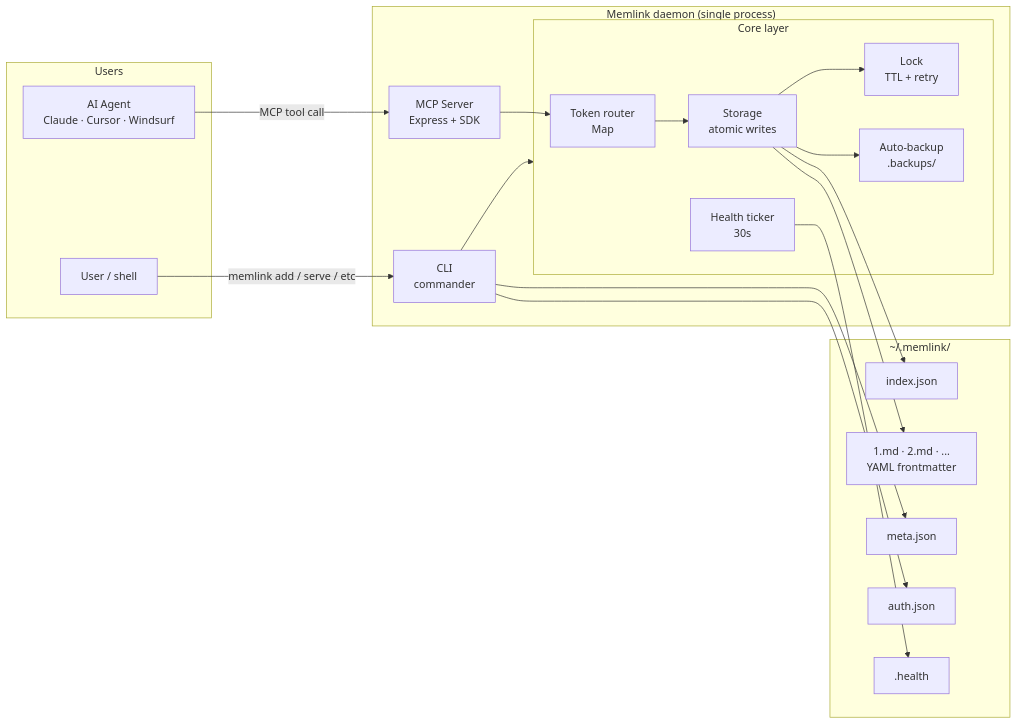
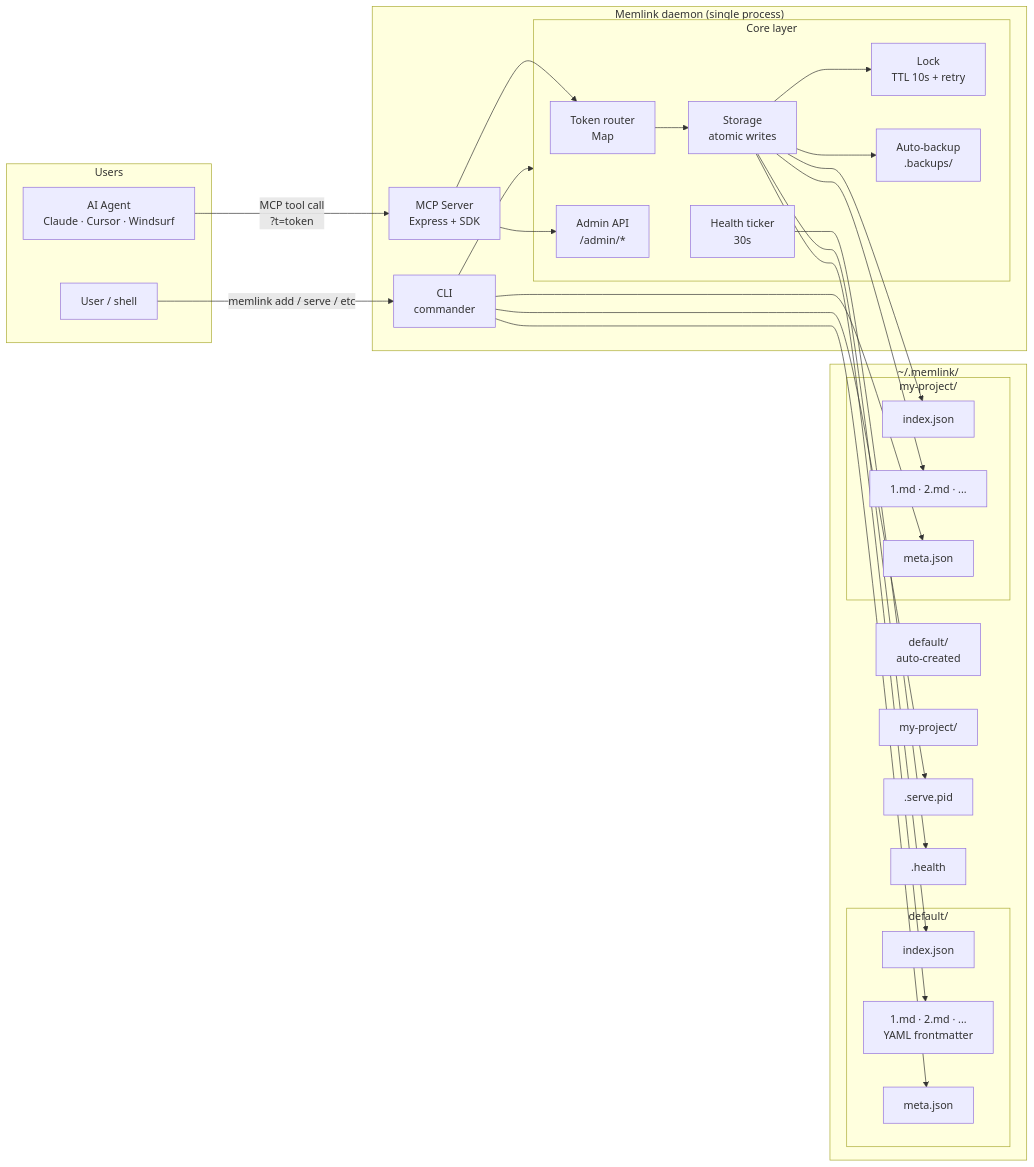
Before and after one commit to rblez/memlink: the first of 2 diagrams in docs/architecture.md, drawn with Mermaid. The commit also changed other lines of this file and 17 other files, not shown here.

First line of the commit message:
docs: update all docs for v1.2.1 (PID fix + token routing + 4 tools)

````diff
--- a/docs/architecture.md
+++ b/docs/architecture.md
@@ -5,40 +5,54 @@
 ```mermaid
 flowchart LR
     subgraph Users
         U1[User / shell]
         U2[AI Agent<br/>Claude · Cursor · Windsurf]
     end
 
     subgraph Memlink["Memlink daemon (single process)"]
         CLI[CLI<br/>commander]
         MCP[MCP Server<br/>Express + SDK]
         subgraph Core["Core layer"]
             RT[Token router<br/>Map<token, MemoryRoute>]
             STG[Storage<br/>atomic writes]
-            LCK[Lock<br/>TTL + retry]
+            LCK[Lock<br/>TTL 10s + retry]
             BKP[Auto-backup<br/>.backups/]
             HT[Health ticker<br/>30s]
+            ADM[Admin API<br/>/admin/*]
         end
     end
 
     subgraph FS["~/.memlink/"]
-        IDX[index.json]
-        ENT[1.md · 2.md · ...<br/>YAML frontmatter]
-        META[meta.json]
-        AUTH[auth.json]
-        HLTH[.health]
+        D[default/<br/>auto-created]
+        P[my-project/]
+        H[.serve.pid]
+        E[.health]
+        subgraph D_Inside["default/"]
+            D_IDX[index.json]
+            D_ENT[1.md · 2.md · ...<br/>YAML frontmatter]
+            D_META[meta.json]
+        end
+        subgraph P_Inside["my-project/"]
+            P_IDX[index.json]
+            P_ENT[1.md · 2.md · ...]
+            P_META[meta.json]
+        end
     end
 
     U1 -->|memlink add / serve / etc| CLI
-    U2 -->|MCP tool call| MCP
+    U2 -->|MCP tool call<br/>?t=token| MCP
     CLI --> Core
     MCP --> RT
+    MCP --> ADM
     RT --> STG
     STG --> LCK
     STG --> BKP
-    STG --> IDX
-    STG --> ENT
-    CLI --> META
-    CLI --> AUTH
-    HT --> HLTH
+    STG --> D_IDX
+    STG --> D_ENT
+    STG --> P_IDX
+    STG --> P_ENT
+    CLI --> D_META
+    CLI --> P_META
+    HT --> E
+    CLI --> H
 ```
````
